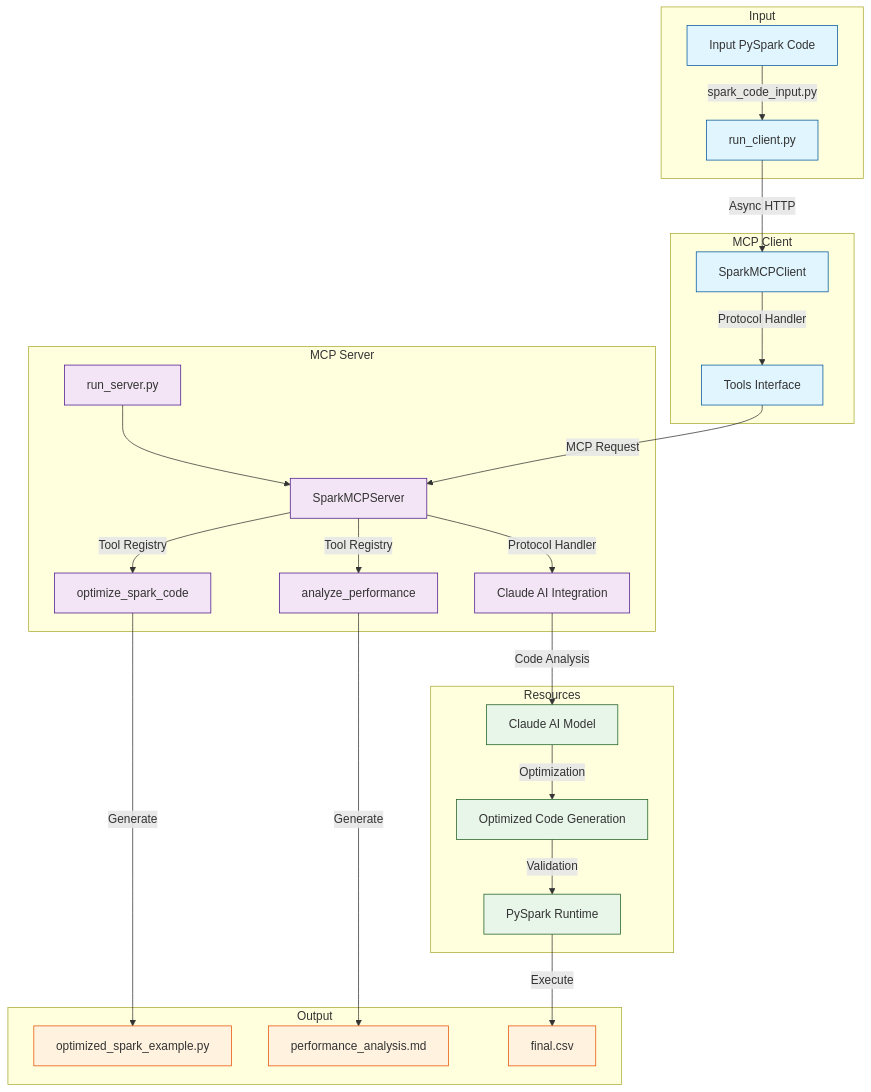
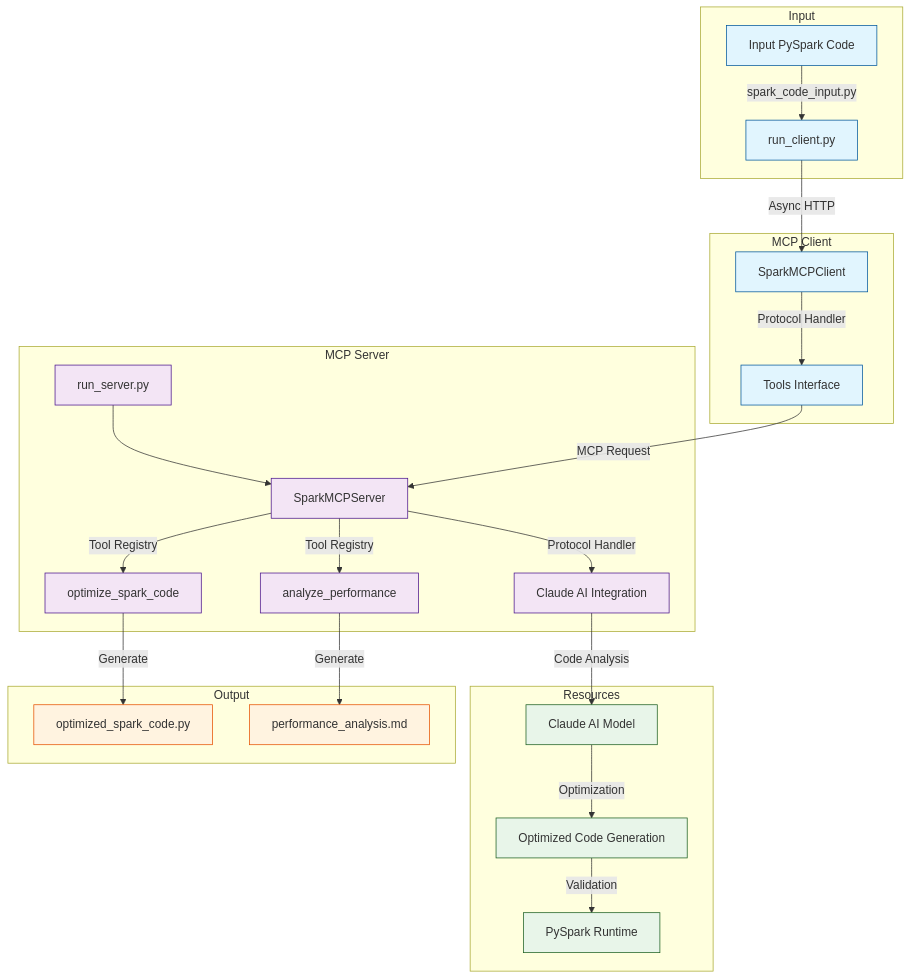
The first of 2 diagrams in README.md (vgiri2015/ai-spark-mcp-server), drawn with Mermaid before and after one commit. The commit also changed other lines of this file, not shown here.

````diff
--- a/README.md
+++ b/README.md
@@ -9,45 +9,43 @@
 ```mermaid
 graph TB
     subgraph Input
         A[Input PySpark Code] --> |spark_code_input.py| B[run_client.py]
     end
 
     subgraph MCP Client
         B --> |Async HTTP| C[SparkMCPClient]
         C --> |Protocol Handler| D[Tools Interface]
     end
 
     subgraph MCP Server
         E[run_server.py] --> F[SparkMCPServer]
         F --> |Tool Registry| G[optimize_spark_code]
         F --> |Tool Registry| H[analyze_performance]
         F --> |Protocol Handler| I[Claude AI Integration]
     end
 
     subgraph Resources
         I --> |Code Analysis| J[Claude AI Model]
         J --> |Optimization| K[Optimized Code Generation]
         K --> |Validation| L[PySpark Runtime]
     end
 
     subgraph Output
-        M[optimized_spark_example.py]
+        M[optimized_spark_code.py]
         N[performance_analysis.md]
-        O[final.csv]
     end
 
     D --> |MCP Request| F
     G --> |Generate| M
     H --> |Generate| N
-    L --> |Execute| O
 
     classDef client fill:#e1f5fe,stroke:#01579b
     classDef server fill:#f3e5f5,stroke:#4a148c
     classDef resource fill:#e8f5e9,stroke:#1b5e20
     classDef output fill:#fff3e0,stroke:#e65100
 
     class A,B,C,D client
     class E,F,G,H,I server
     class J,K,L resource
     class M,N,O output
 ```
````
